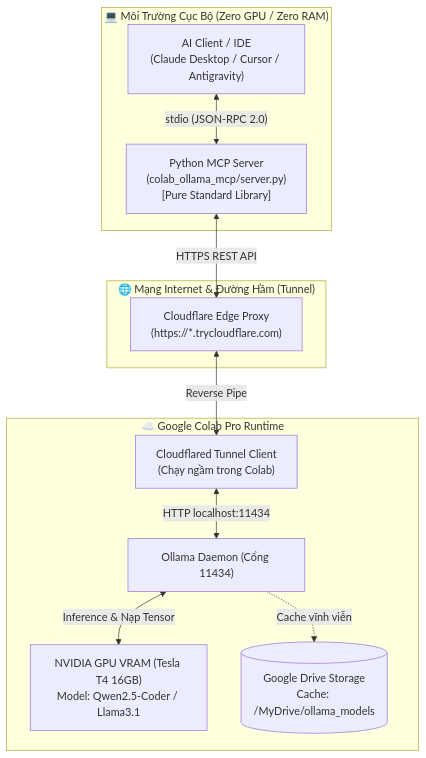
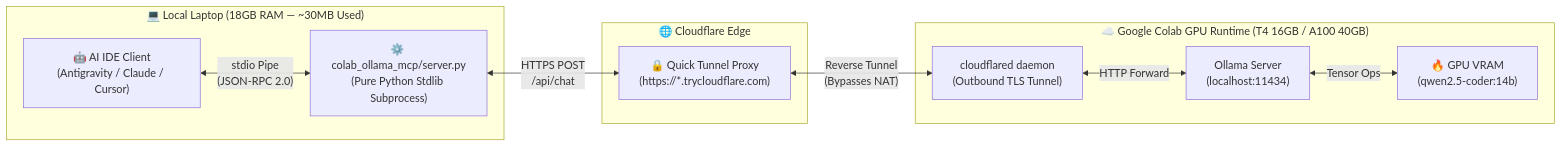
Before and after one commit to marchhygge/colab-ollama-mcp: the first of 2 diagrams in README.md, drawn with Mermaid. The commit also changed other lines of this file and 7 other files, not shown here.

````diff
--- a/README.md
+++ b/README.md
@@ -33,26 +67,23 @@
 ```mermaid
-flowchart TD
-    subgraph LOCAL["💻 Môi Trường Cục Bộ (Zero GPU / Zero RAM)"]
-        CLIENT["AI Client / IDE\n(Claude Desktop / Cursor / Antigravity)"]
-        MCPSRV["Python MCP Server\n(colab_ollama_mcp/server.py)\n[Pure Standard Library]"]
-        CLIENT <-->|"stdio (JSON-RPC 2.0)"| MCPSRV
+flowchart LR
+    subgraph LOCAL["💻 Local Laptop (18GB RAM — ~30MB Used)"]
+        IDE["🤖 AI IDE Client\n(Antigravity / Claude / Cursor)"]
+        SRV["⚙️ colab_ollama_mcp/server.py\n(Pure Python Stdlib Subprocess)"]
+        IDE <-->|"stdio Pipe\n(JSON-RPC 2.0)"| SRV
     end
 
-    subgraph INTERNET["🌐 Mạng Internet & Đường Hầm (Tunnel)"]
-        CF["Cloudflare Edge Proxy\n(https://*.trycloudflare.com)"]
+    subgraph NET["🌐 Cloudflare Edge"]
+        CF["🔒 Quick Tunnel Proxy\n(https://*.trycloudflare.com)"]
     end
 
-    subgraph COLAB["☁️ Google Colab Pro Runtime"]
-        CFTUNNEL["Cloudflared Tunnel Client\n(Chạy ngầm trong Colab)"]
-        OLLAMA["Ollama Daemon (Cổng 11434)"]
-        GPU["NVIDIA GPU VRAM (Tesla T4 16GB)\nModel: Qwen2.5-Coder / Llama3.1"]
-        GDRIVE[("Google Drive Storage\nCache: /MyDrive/ollama_models")]
-
-        CFTUNNEL <-->|"HTTP localhost:11434"| OLLAMA
-        OLLAMA <-->|"Inference & Nạp Tensor"| GPU
-        OLLAMA -.->|"Cache vĩnh viễn"| GDRIVE
+    subgraph COLAB["☁️ Google Colab GPU Runtime (T4 16GB / A100 40GB)"]
+        CFD["cloudflared daemon\n(Outbound TLS Tunnel)"]
+        OLLAMA["Ollama Server\n(localhost:11434)"]
+        VRAM["🔥 GPU VRAM\n(qwen2.5-coder:14b)"]
+        CFD <-->|"HTTP Forward"| OLLAMA
+        OLLAMA <-->|"Tensor Ops"| VRAM
     end
 
-    MCPSRV <-->|"HTTPS REST API"| CF
-    CF <-->|"Reverse Pipe"| CFTUNNEL
+    SRV <-->|"HTTPS POST\n/api/chat"| CF
+    CF <-->|"Reverse Tunnel\n(Bypasses NAT)"| CFD
 ```
````
